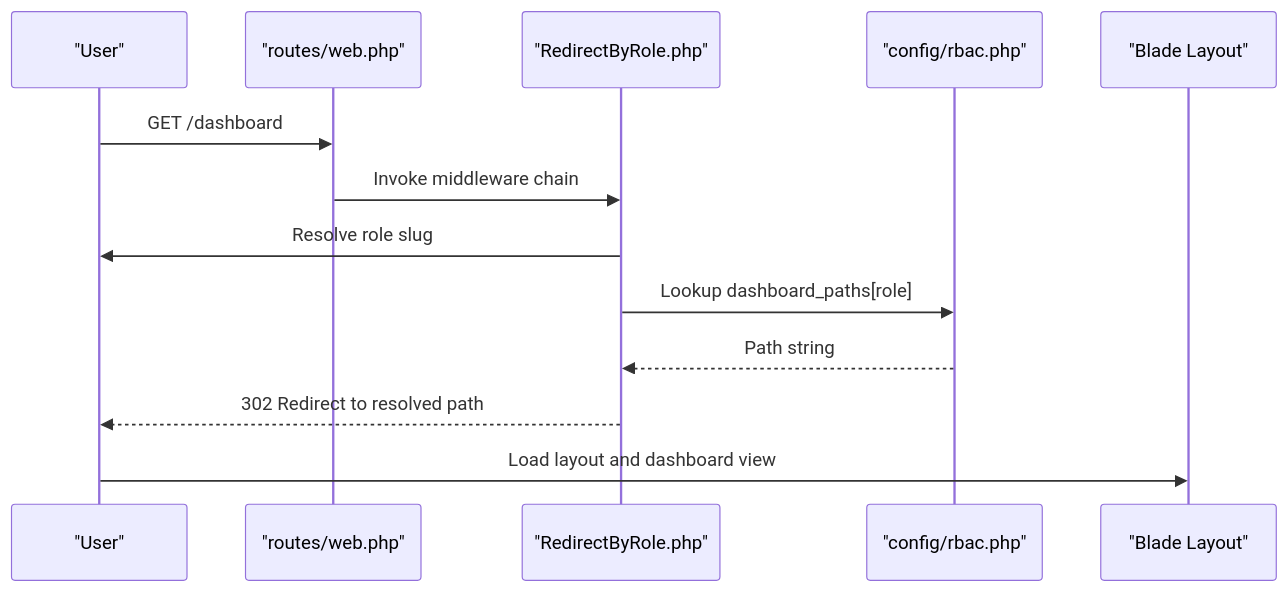
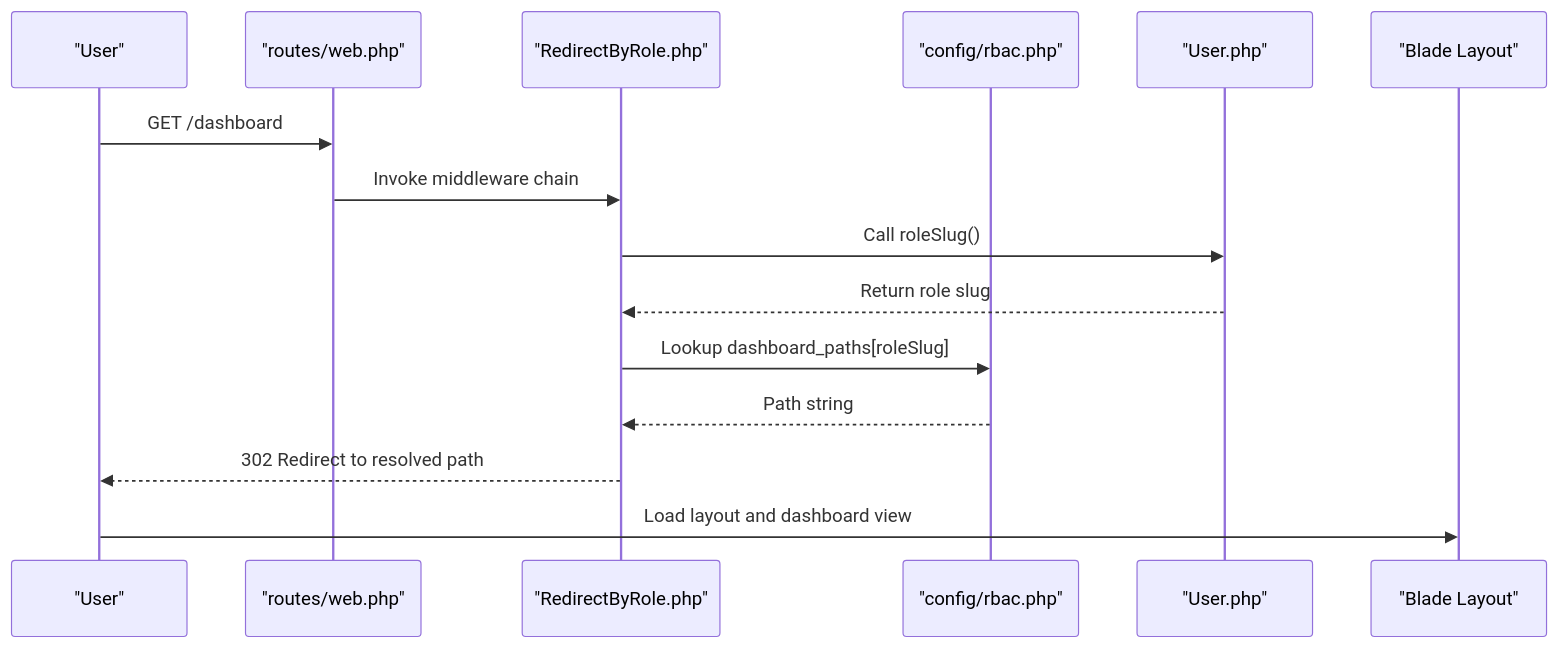
The second of 4 diagrams in .qoder/repowiki/en/content/Role-Based Access Control/Dashboard & Routing.md (rudicatsmile/assesment360), drawn with Mermaid before and after one commit. The commit also changed other lines of this file and 6 other files, not shown here.

````diff
--- a/.qoder/repowiki/en/content/Role-Based Access Control/Dashboard & Routing.md
+++ b/.qoder/repowiki/en/content/Role-Based Access Control/Dashboard & Routing.md
@@ -153,15 +161,17 @@
 ```mermaid
 sequenceDiagram
 participant U as "User"
 participant RT as "routes/web.php"
 participant MW as "RedirectByRole.php"
 participant CFG as "config/rbac.php"
+participant USR as "User.php"
 participant LD as "Blade Layout"
 U->>RT : GET /dashboard
 RT->>MW : Invoke middleware chain
-MW->>U : Resolve role slug
-MW->>CFG : Lookup dashboard_paths[role]
+MW->>USR : Call roleSlug()
+USR-->>MW : Return role slug
+MW->>CFG : Lookup dashboard_paths[roleSlug]
 CFG-->>MW : Path string
 MW-->>U : 302 Redirect to resolved path
 U->>LD : Load layout and dashboard view
 ```
````
